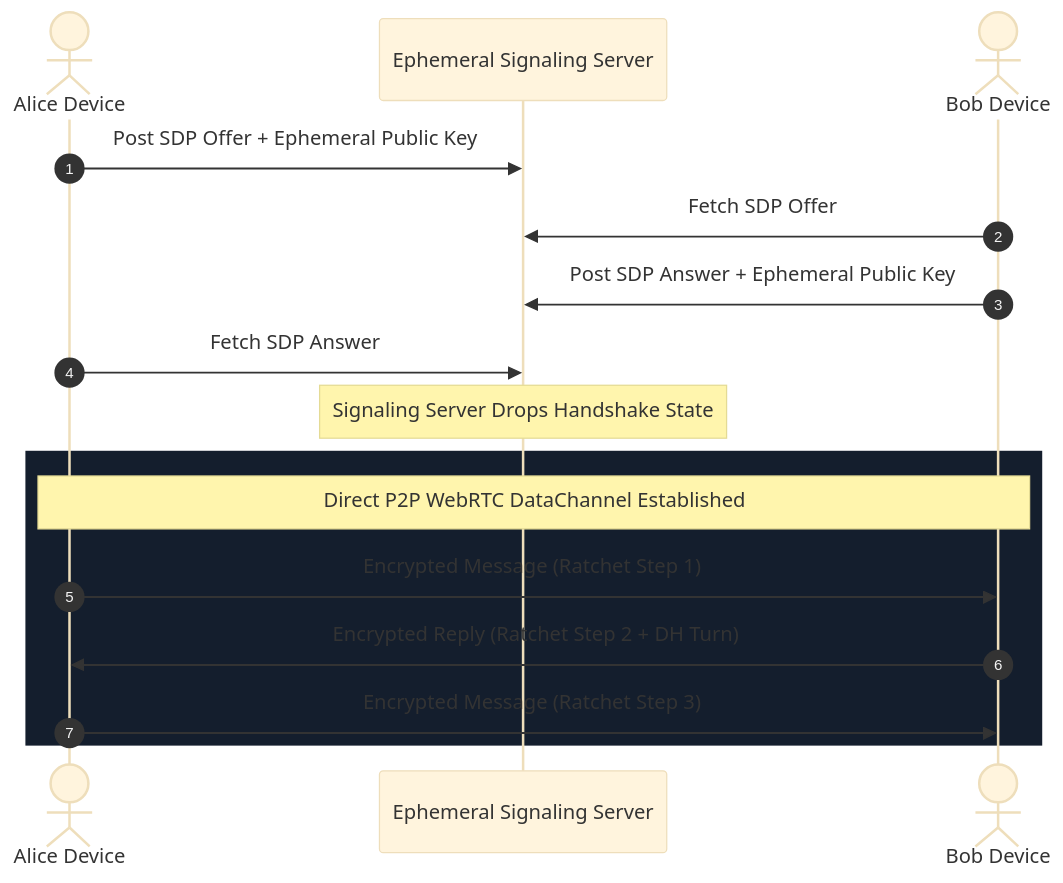
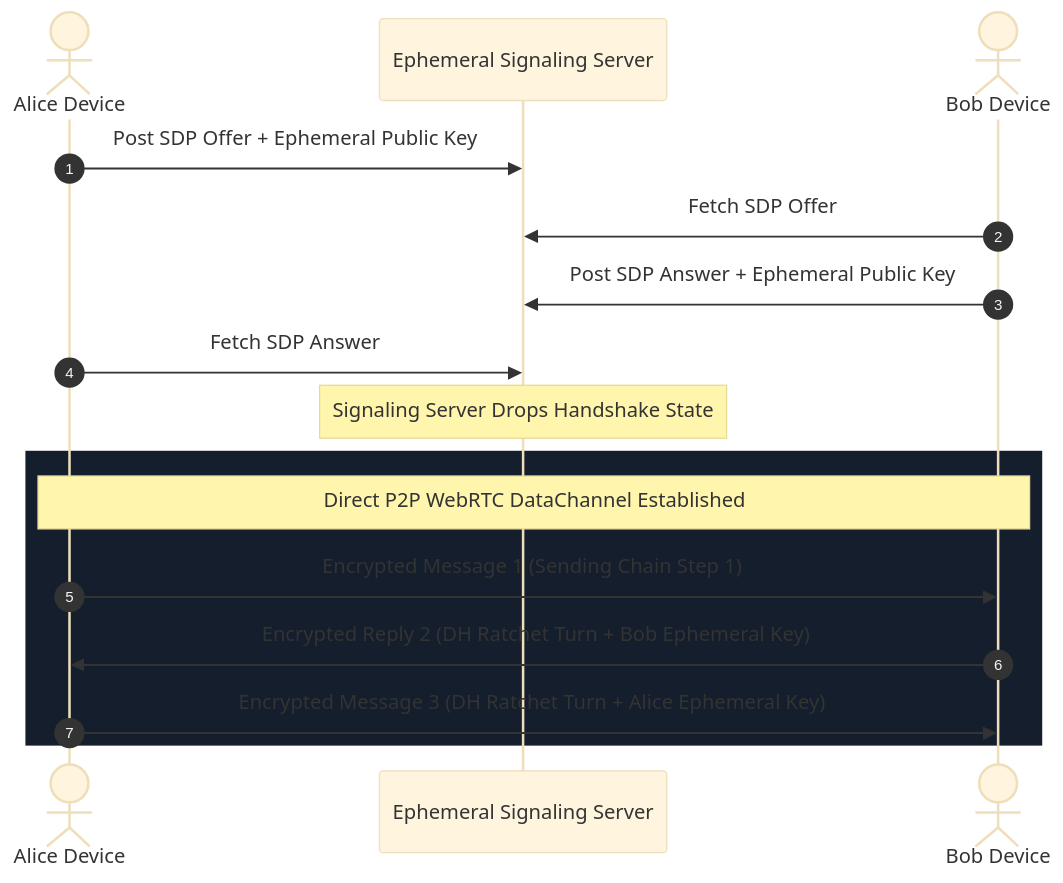
Before and after one commit to MasterZ1311/Dev-AURA: the first of 2 diagrams in docs/learning-paths/02-cryptographic-fortress-and-zero-trust/03-p2p-webrtc-and-the-double-ratchet.md, drawn with Mermaid (base theme). The commit also changed other lines of this file and 48 other files, not shown here.

````diff
--- a/docs/learning-paths/02-cryptographic-fortress-and-zero-trust/03-p2p-webrtc-and-the-double-ratchet.md
+++ b/docs/learning-paths/02-cryptographic-fortress-and-zero-trust/03-p2p-webrtc-and-the-double-ratchet.md
@@ -39,20 +48,20 @@
 ```mermaid
 sequenceDiagram
     autonumber
     actor Alice as Alice Device
     participant Signal as Ephemeral Signaling Server
     actor Bob as Bob Device
     
     Alice->>Signal: Post SDP Offer + Ephemeral Public Key
     Bob->>Signal: Fetch SDP Offer
     Bob->>Signal: Post SDP Answer + Ephemeral Public Key
     Alice->>Signal: Fetch SDP Answer
     Note over Signal: Signaling Server Drops Handshake State
     
     rect rgb(20, 30, 45)
     Note over Alice,Bob: Direct P2P WebRTC DataChannel Established
-    Alice->>Bob: Encrypted Message (Ratchet Step 1)
-    Bob->>Alice: Encrypted Reply (Ratchet Step 2 + DH Turn)
-    Alice->>Bob: Encrypted Message (Ratchet Step 3)
+    Alice->>Bob: Encrypted Message 1 (Sending Chain Step 1)
+    Bob->>Alice: Encrypted Reply 2 (DH Ratchet Turn + Bob Ephemeral Key)
+    Alice->>Bob: Encrypted Message 3 (DH Ratchet Turn + Alice Ephemeral Key)
     end
 ```
````
